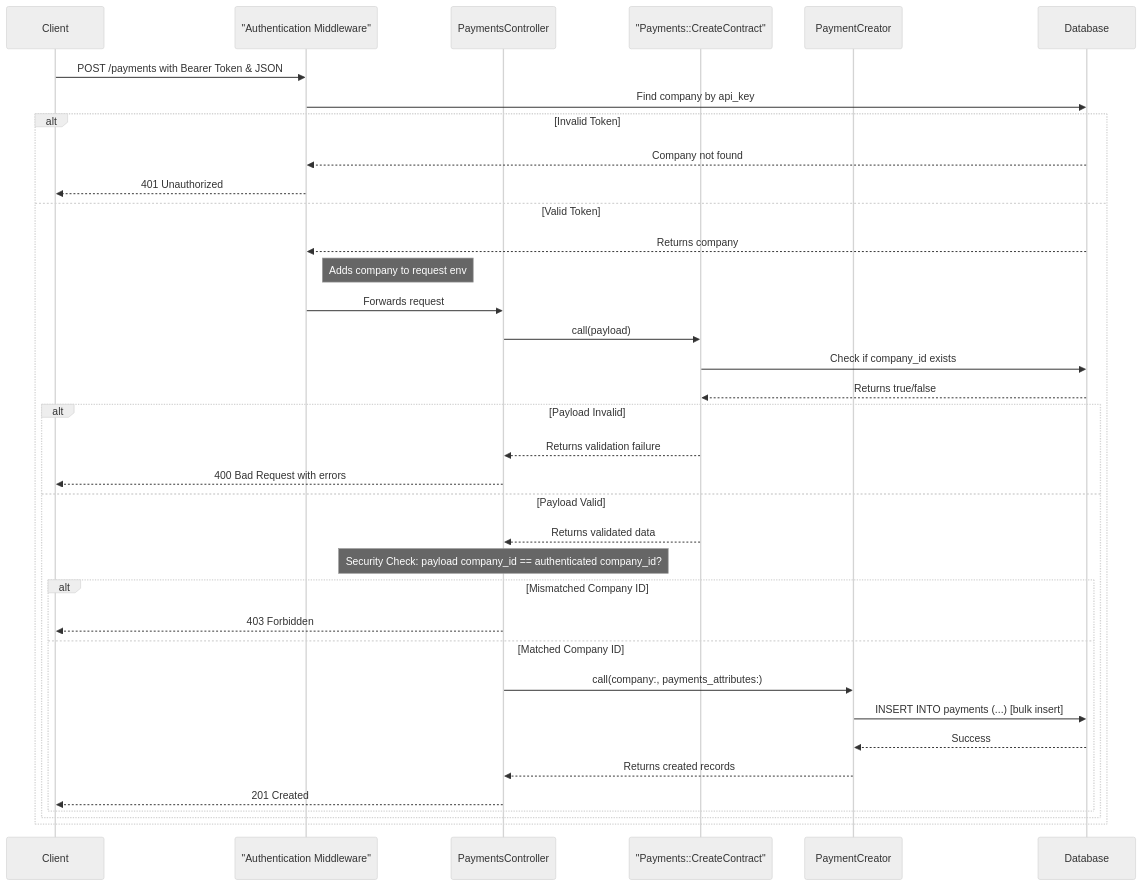
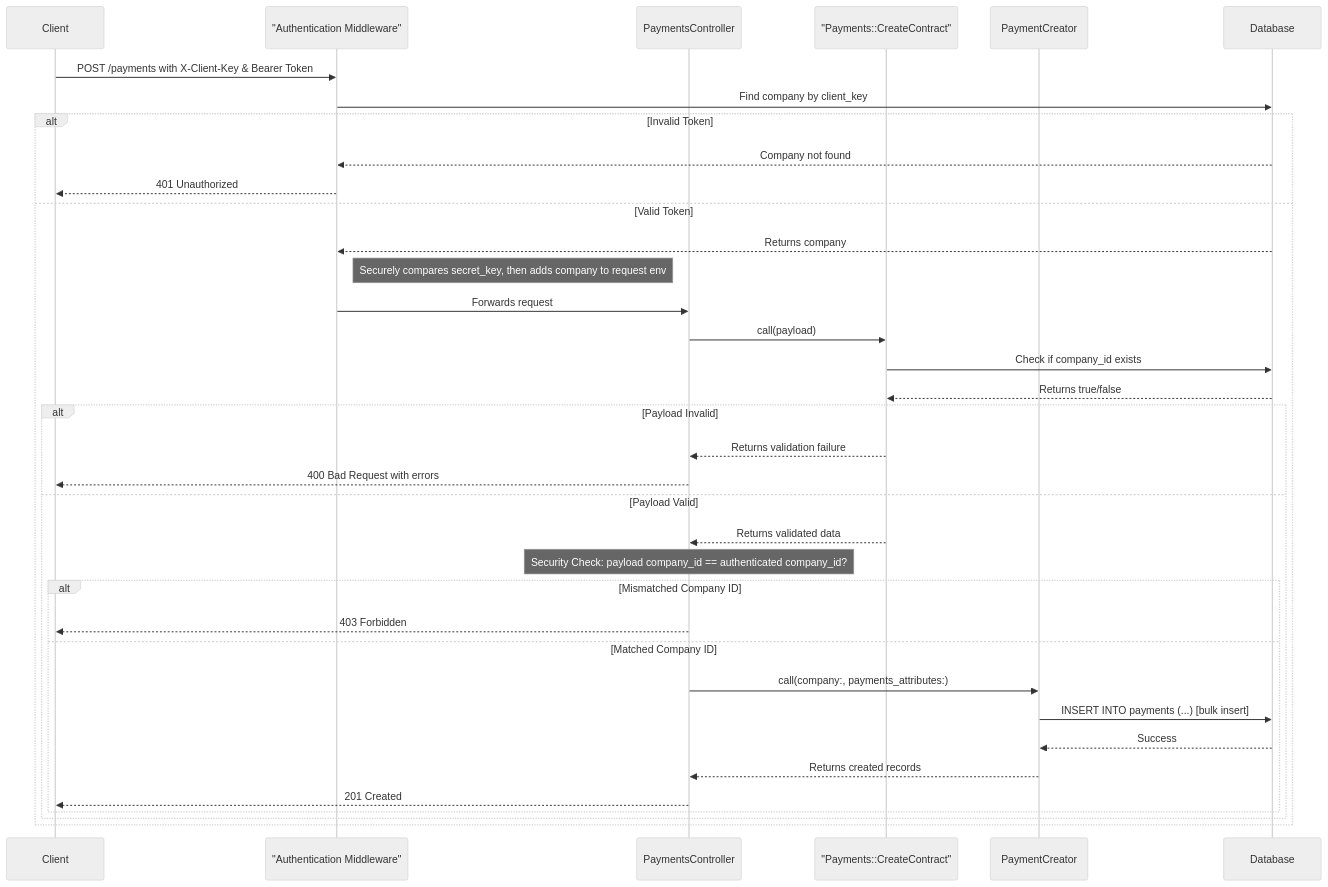
The first of 2 diagrams in README.md (LyTuan/salary-payment-file-exporter), drawn with Mermaid (neutral theme) before and after one commit. The commit also changed other lines of this file and 10 other files, not shown here.

````diff
--- a/README.md
+++ b/README.md
@@ -222,45 +227,45 @@
 ```mermaid
 sequenceDiagram
     participant Client
     participant AuthMiddleware as "Authentication Middleware"
     participant PaymentsController
     participant CreateContract as "Payments::CreateContract"
     participant PaymentCreator
     participant Database
 
-    Client->>AuthMiddleware: POST /payments with Bearer Token & JSON
-    AuthMiddleware->>Database: Find company by api_key
+    Client->>AuthMiddleware: POST /payments with X-Client-Key & Bearer Token
+    AuthMiddleware->>Database: Find company by client_key
     
     alt Invalid Token
         Database-->>AuthMiddleware: Company not found
         AuthMiddleware-->>Client: 401 Unauthorized
     else Valid Token
         Database-->>AuthMiddleware: Returns company
-        Note right of AuthMiddleware: Adds company to request env
+        Note right of AuthMiddleware: Securely compares secret_key, then adds company to request env
         AuthMiddleware->>PaymentsController: Forwards request
         
         PaymentsController->>CreateContract: call(payload)
         CreateContract->>Database: Check if company_id exists
         Database-->>CreateContract: Returns true/false
         
         alt Payload Invalid
             CreateContract-->>PaymentsController: Returns validation failure
             PaymentsController-->>Client: 400 Bad Request with errors
         else Payload Valid
             CreateContract-->>PaymentsController: Returns validated data
             
             Note over PaymentsController: Security Check: payload company_id == authenticated company_id?
             
             alt Mismatched Company ID
                 PaymentsController-->>Client: 403 Forbidden
             else Matched Company ID
                 PaymentsController->>PaymentCreator: call(company:, payments_attributes:)
                 PaymentCreator->>Database: INSERT INTO payments (...) [bulk insert]
                 Database-->>PaymentCreator: Success
                 PaymentCreator-->>PaymentsController: Returns created records
                 PaymentsController-->>Client: 201 Created
             end
         end
     end
 
 ```
````
